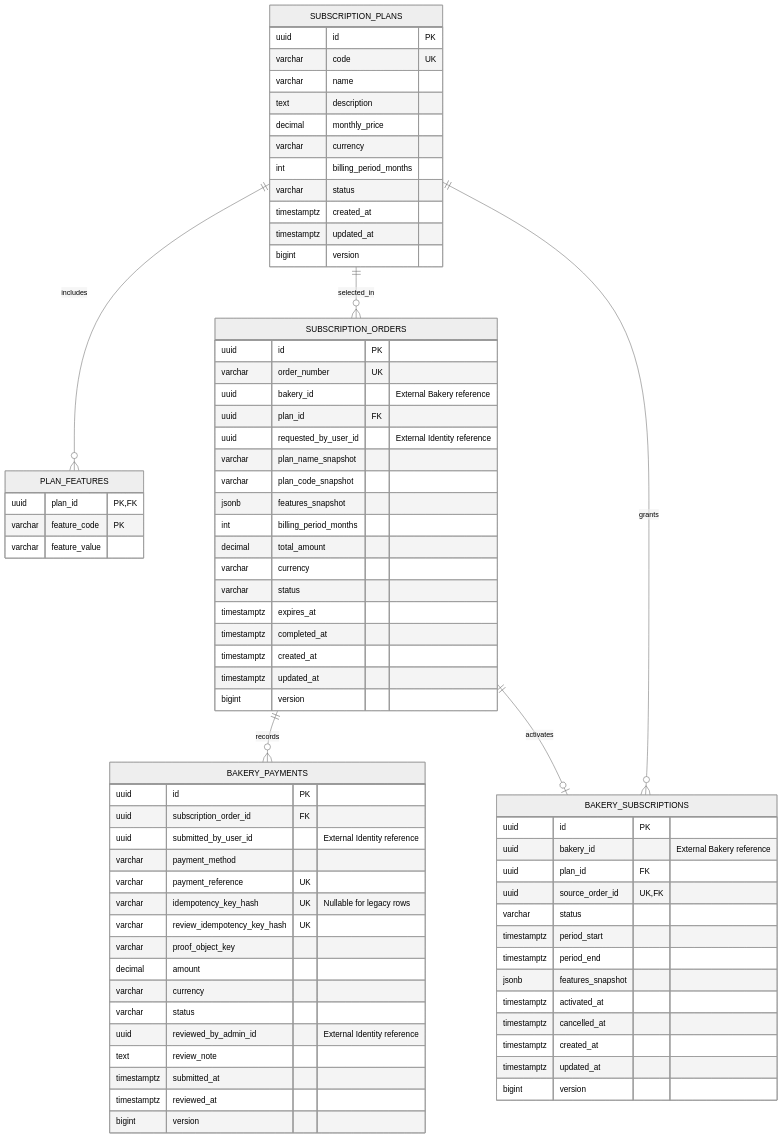
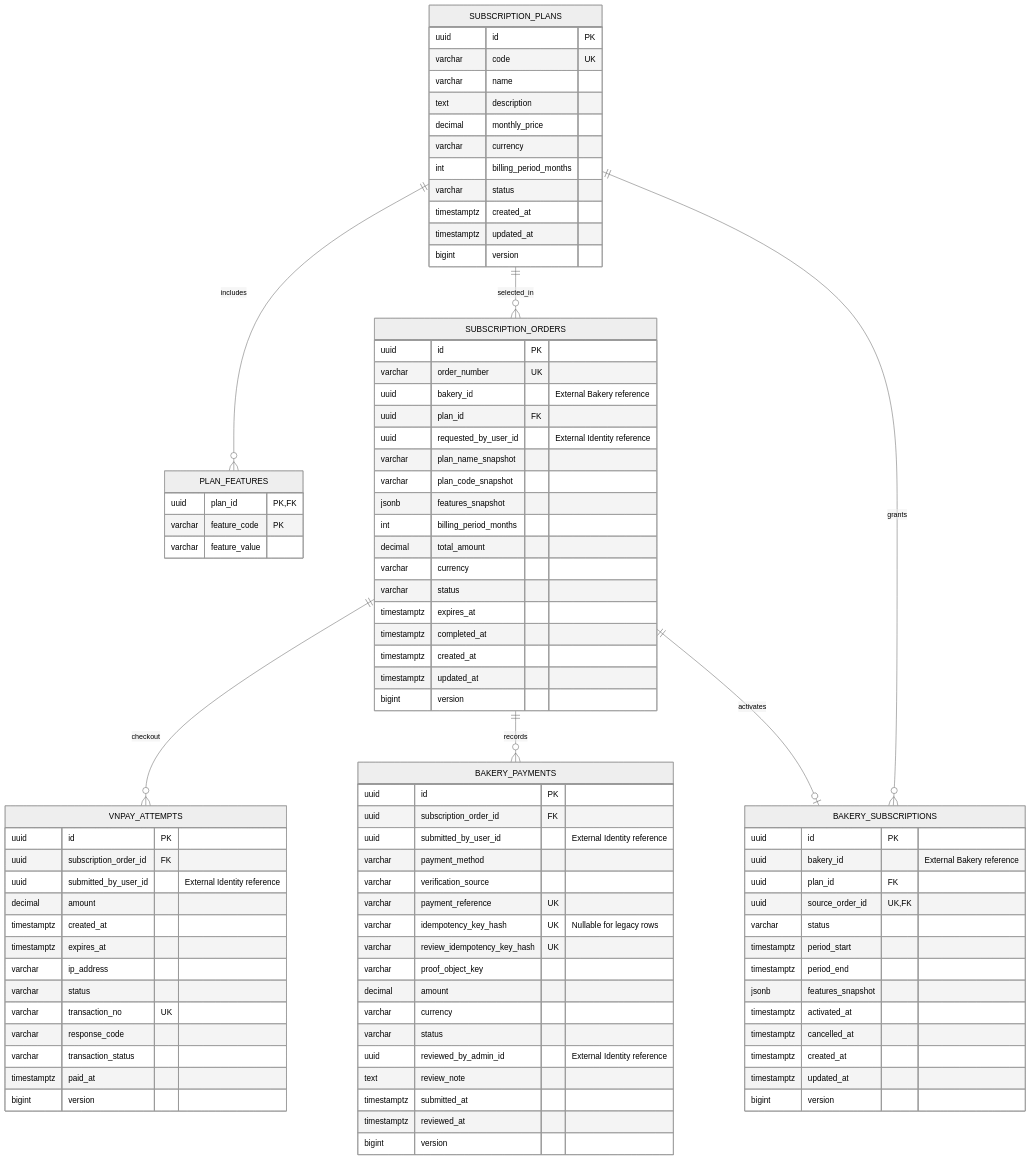
The diagram in docs/erd/07-subscription-service-logical.mmd (leminhkhoi-james/Bakery-Platform), drawn with Mermaid (neutral theme) before and after one commit. The commit also changed 102 other files, not shown here.

Commit message:
feat: integrate VNPay subscription checkout, auto-settlement, and admin revenue

```diff
--- a/docs/erd/07-subscription-service-logical.mmd
+++ b/docs/erd/07-subscription-service-logical.mmd
@@ -1,81 +1,99 @@
 erDiagram
     SUBSCRIPTION_PLANS {
         uuid id PK
         varchar code UK
         varchar name
         text description
         decimal monthly_price
         varchar currency
         int billing_period_months
         varchar status
         timestamptz created_at
         timestamptz updated_at
         bigint version
     }
 
     PLAN_FEATURES {
         uuid plan_id PK, FK
         varchar feature_code PK
         varchar feature_value
     }
 
     SUBSCRIPTION_ORDERS {
         uuid id PK
         varchar order_number UK
         uuid bakery_id "External Bakery reference"
         uuid plan_id FK
         uuid requested_by_user_id "External Identity reference"
         varchar plan_name_snapshot
         varchar plan_code_snapshot
         jsonb features_snapshot
         int billing_period_months
         decimal total_amount
         varchar currency
         varchar status
         timestamptz expires_at
         timestamptz completed_at
         timestamptz created_at
         timestamptz updated_at
         bigint version
     }
 
     BAKERY_PAYMENTS {
         uuid id PK
         uuid subscription_order_id FK
         uuid submitted_by_user_id "External Identity reference"
         varchar payment_method
+        varchar verification_source
         varchar payment_reference UK
         varchar idempotency_key_hash UK "Nullable for legacy rows"
         varchar review_idempotency_key_hash UK
         varchar proof_object_key
         decimal amount
         varchar currency
         varchar status
         uuid reviewed_by_admin_id "External Identity reference"
         text review_note
         timestamptz submitted_at
         timestamptz reviewed_at
         bigint version
     }
 
     BAKERY_SUBSCRIPTIONS {
         uuid id PK
         uuid bakery_id "External Bakery reference"
         uuid plan_id FK
         uuid source_order_id UK, FK
         varchar status
         timestamptz period_start
         timestamptz period_end
         jsonb features_snapshot
         timestamptz activated_at
         timestamptz cancelled_at
         timestamptz created_at
         timestamptz updated_at
         bigint version
     }
 
+    VNPAY_ATTEMPTS {
+        uuid id PK
+        uuid subscription_order_id FK
+        uuid submitted_by_user_id "External Identity reference"
+        decimal amount
+        timestamptz created_at
+        timestamptz expires_at
+        varchar ip_address
+        varchar status
+        varchar transaction_no UK
+        varchar response_code
+        varchar transaction_status
+        timestamptz paid_at
+        bigint version
+    }
+
+    SUBSCRIPTION_ORDERS ||--o{ VNPAY_ATTEMPTS : checkout
     SUBSCRIPTION_PLANS ||--o{ PLAN_FEATURES : includes
     SUBSCRIPTION_PLANS ||--o{ SUBSCRIPTION_ORDERS : selected_in
     SUBSCRIPTION_ORDERS ||--o{ BAKERY_PAYMENTS : records
     SUBSCRIPTION_ORDERS ||--o| BAKERY_SUBSCRIPTIONS : activates
     SUBSCRIPTION_PLANS ||--o{ BAKERY_SUBSCRIPTIONS : grants
```
